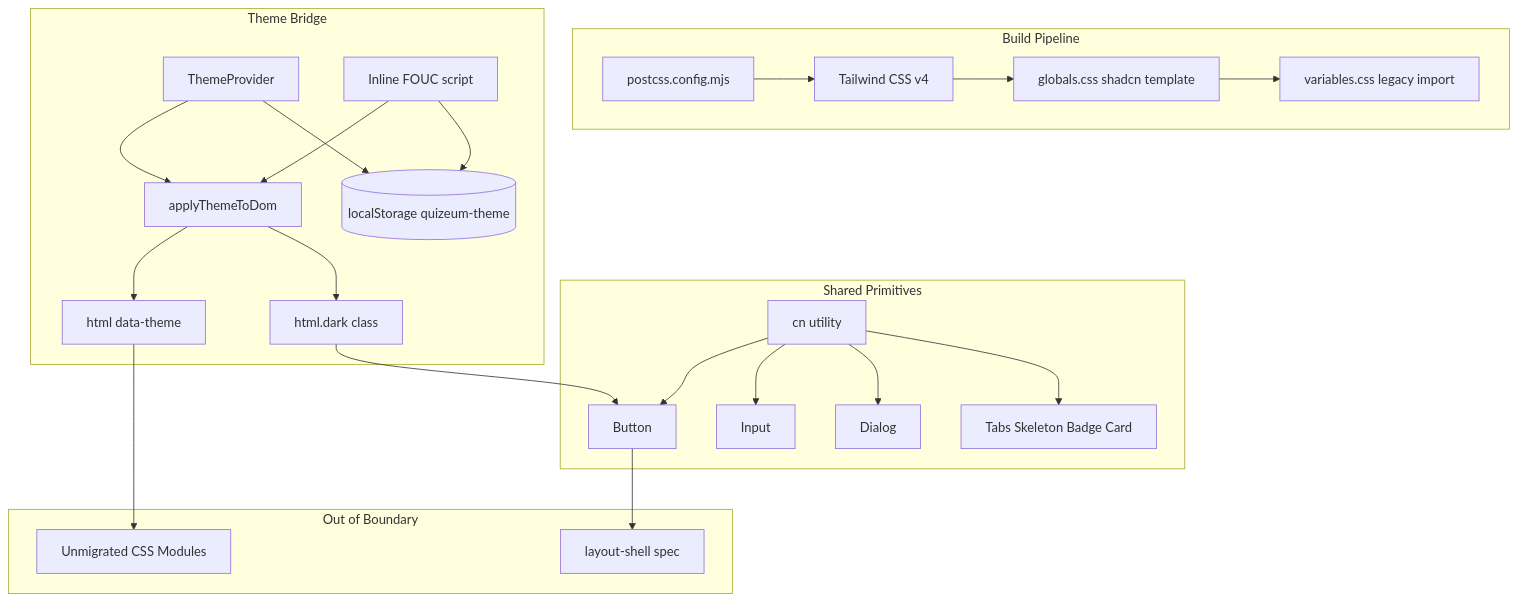
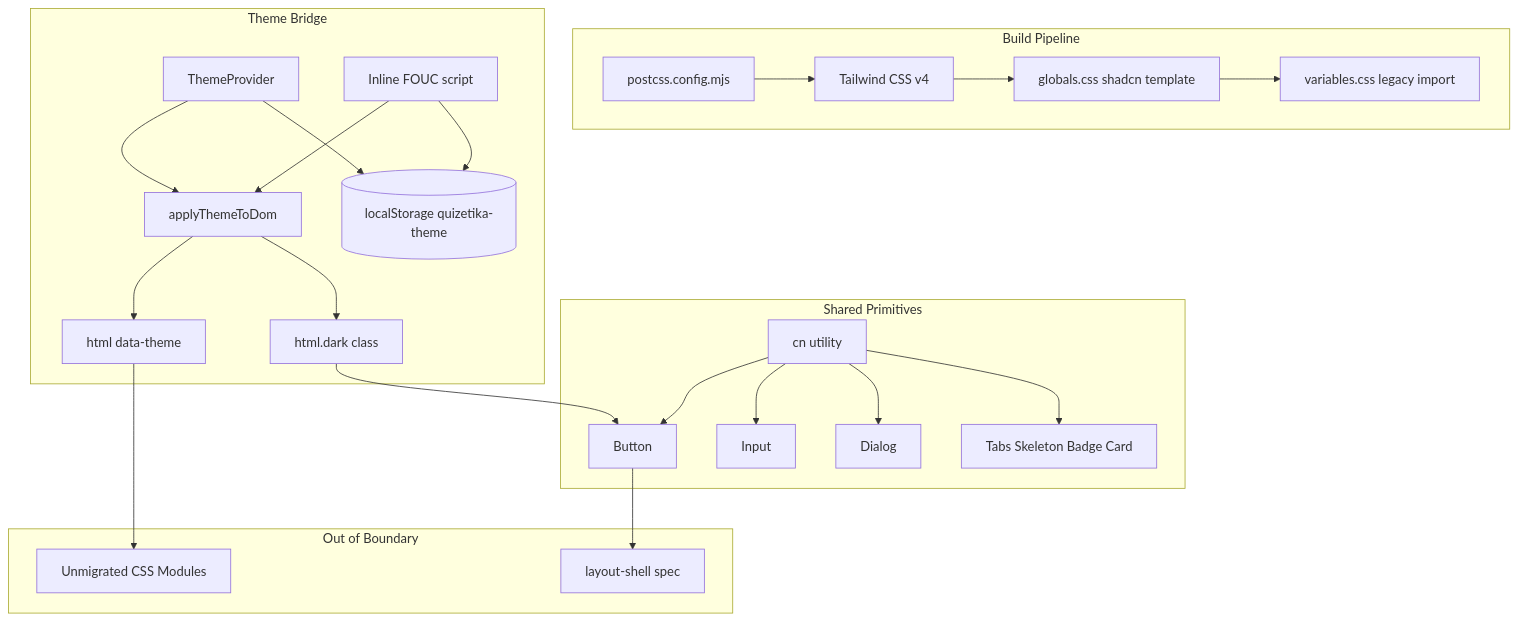
Before and after one commit to npressoworks/quizetika: the first of 4 diagrams in .kiro/specs/quizeum-ui-foundation/design.md, drawn with Mermaid. The commit also changed other lines of this file and 207 other files, not shown here.

````diff
--- a/.kiro/specs/quizeum-ui-foundation/design.md
+++ b/.kiro/specs/quizeum-ui-foundation/design.md
@@ -78,48 +78,48 @@
 ```mermaid
 graph TD
     subgraph Build [Build Pipeline]
         PostCSS[postcss.config.mjs]
         Tailwind[Tailwind CSS v4]
         Globals[globals.css shadcn template]
         Legacy[variables.css legacy import]
     end
 
     subgraph Theme [Theme Bridge]
         FOUC[Inline FOUC script]
         ThemeProvider[ThemeProvider]
         ApplyDom[applyThemeToDom]
         DarkClass[html.dark class]
         DataTheme[html data-theme]
-        LS[(localStorage quizeum-theme)]
+        LS[(localStorage quizetika-theme)]
     end
 
     subgraph Primitives [Shared Primitives]
         CN[cn utility]
         Button[Button]
         Input[Input]
         Dialog[Dialog]
         Other[Tabs Skeleton Badge Card]
     end
 
     subgraph Downstream [Out of Boundary]
         CSSModules[Unmigrated CSS Modules]
         LayoutShell[layout-shell spec]
     end
 
     PostCSS --> Tailwind
     Tailwind --> Globals
     Globals --> Legacy
     FOUC --> LS
     FOUC --> ApplyDom
     ThemeProvider --> ApplyDom
     ApplyDom --> DarkClass
     ApplyDom --> DataTheme
     ThemeProvider --> LS
     CN --> Button
     CN --> Input
     CN --> Dialog
     CN --> Other
     DarkClass --> Button
     DataTheme --> CSSModules
     Button --> LayoutShell
 ```
````
